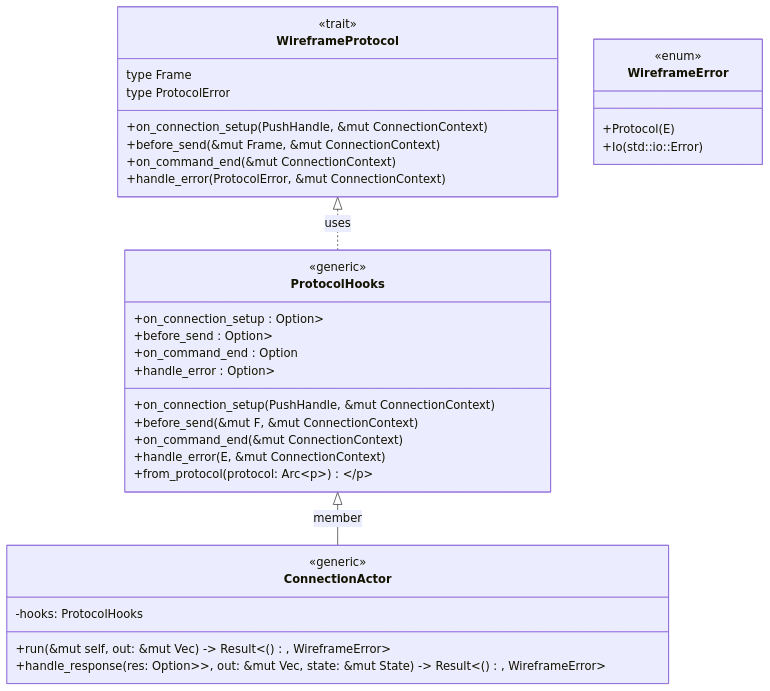
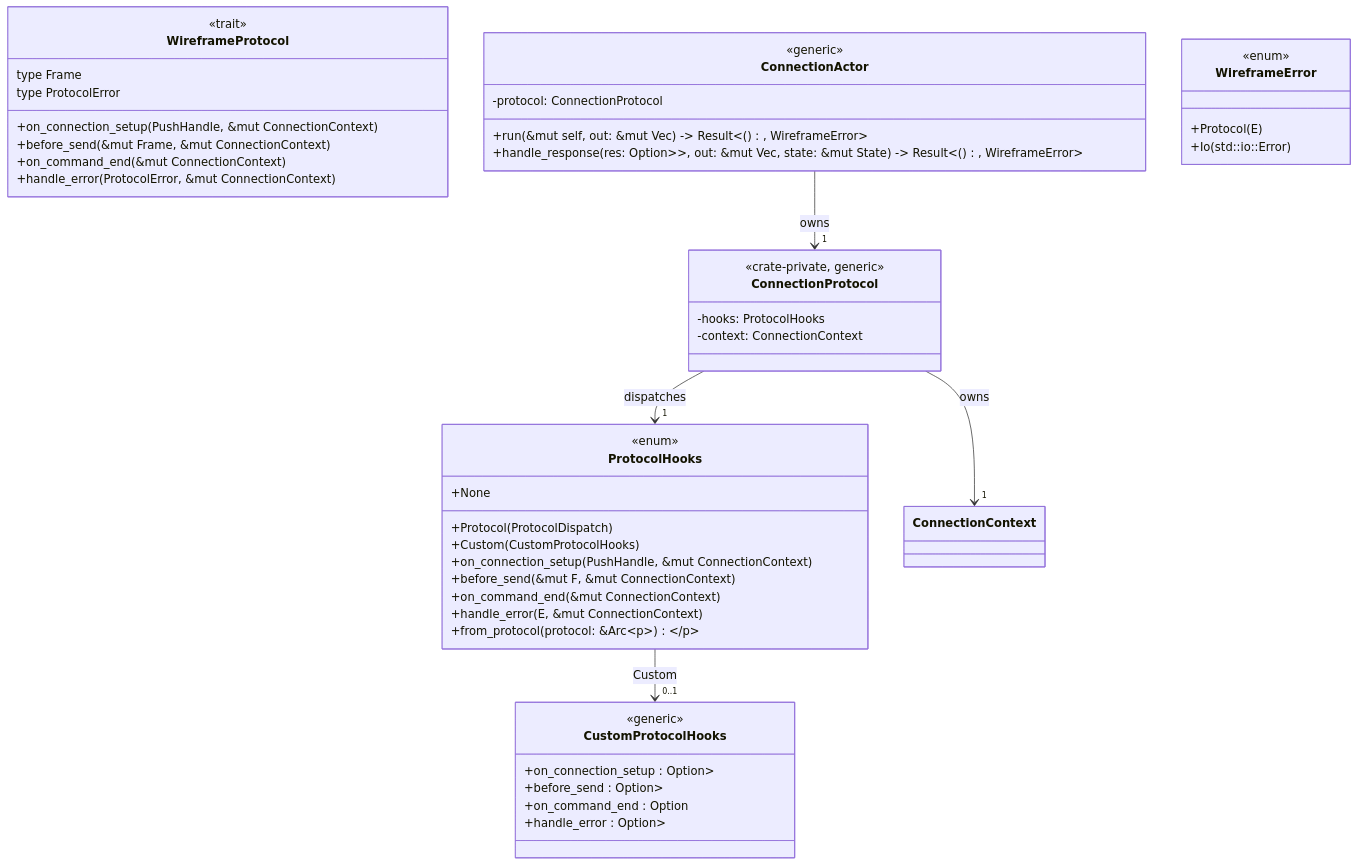
One commit to leynos/wireframe changed diagram 12 of 16 in docs/asynchronous-outbound-messaging-design.md. Above: the diagram before and after it, drawn with Mermaid. The commit also changed other lines of this file and 6 other files, not shown here.

First line of the commit message:
Document one protocol owner per connection

````diff
--- a/docs/asynchronous-outbound-messaging-design.md
+++ b/docs/asynchronous-outbound-messaging-design.md
@@ -827,41 +841,57 @@
 ```mermaid
 classDiagram
     class WireframeProtocol {
         +on_connection_setup(PushHandle<Frame>, &mut ConnectionContext)
         +before_send(&mut Frame, &mut ConnectionContext)
         +on_command_end(&mut ConnectionContext)
         +handle_error(ProtocolError, &mut ConnectionContext)
         <<trait>>
         type Frame
         type ProtocolError
     }
 
     class ProtocolHooks {
+        <<enum>>
+        +None
+        +Protocol(ProtocolDispatch)
+        +Custom(CustomProtocolHooks)
+        +on_connection_setup(PushHandle<F>, &mut ConnectionContext)
+        +before_send       (&mut F, &mut ConnectionContext)
+        +on_command_end    (&mut ConnectionContext)
+        +handle_error      (E, &mut ConnectionContext)
+        +from_protocol     (protocol: &Arc<P>)
+        <<generic<F, E>>
+    }
+
+    class CustomProtocolHooks {
         +on_connection_setup : Option<OnConnectionSetupHook<F>>
         +before_send        : Option<BeforeSendHook<F>>
         +on_command_end     : Option<OnCommandEndHook>
         +handle_error       : Option<HandleErrorHook<E>>
-        +on_connection_setup(PushHandle<F>, &mut ConnectionContext)
-        +before_send       (&mut F, &mut ConnectionContext)
-        +on_command_end    (&mut ConnectionContext)
-        +handle_error      (E, &mut ConnectionContext)
-        +from_protocol     (protocol: Arc<P>)
         <<generic<F, E>>
     }
 
+    class ConnectionProtocol {
+        -hooks: ProtocolHooks<F, E>
+        -context: ConnectionContext
+        <<crate-private, generic<F, E>>
+    }
+
     class ConnectionActor {
-        -hooks: ProtocolHooks<F, E>
+        -protocol: ConnectionProtocol<F, E>
         +run(&mut self, out: &mut Vec<F>) -> Result<(), WireframeError<E>>
         +handle_response(res: Option<Result<F, WireframeError<E>>>, out: &mut Vec<F>, state: &mut State) -> Result<(), WireframeError<E>>
         <<generic<F, E>>
     }
 
-    WireframeProtocol <|.. ProtocolHooks : uses
-    ProtocolHooks <|-- ConnectionActor : member
+    ProtocolHooks --> "0..1" CustomProtocolHooks : Custom
+    ConnectionProtocol --> "1" ProtocolHooks : dispatches
+    ConnectionProtocol --> "1" ConnectionContext : owns
+    ConnectionActor --> "1" ConnectionProtocol : owns
 
     class WireframeError {
         <<enum<E=()>>
         +Protocol(E)
         +Io(std::io::Error)
     }
 ```
````
